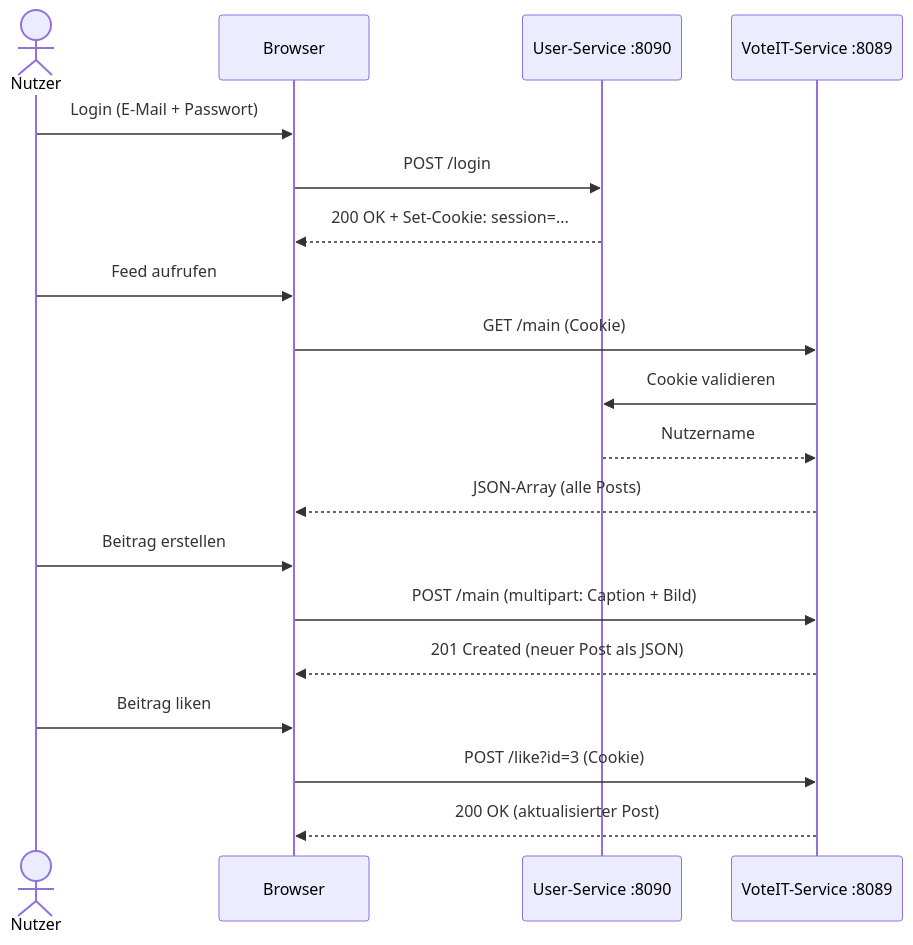
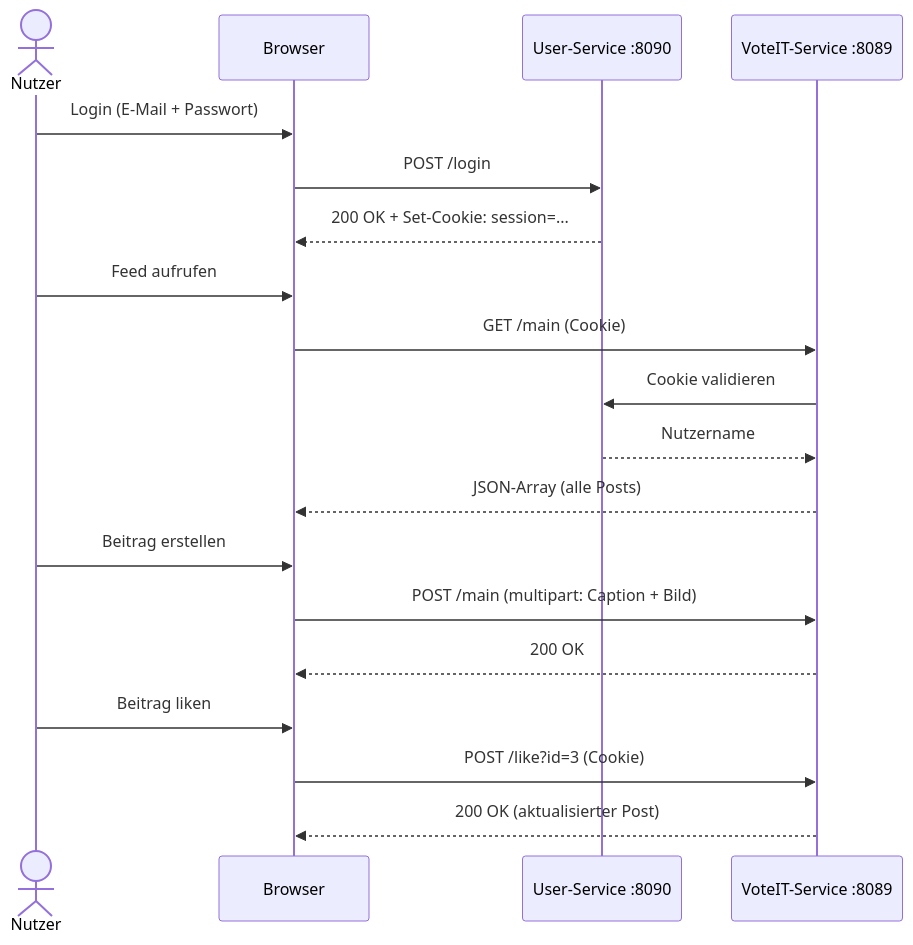
One commit to stephanteege/VoteIT changed the third of 3 diagrams in README.md. Above: the diagram before and after it, drawn with Mermaid. The commit also changed other lines of this file, not shown here.

Commit message:
docs: README überarbeitet

````diff
--- a/README.md
+++ b/README.md
@@ -93,25 +93,25 @@
 ```mermaid
 sequenceDiagram
     actor User as Nutzer
     participant B as Browser
     participant US as User-Service :8090
     participant VS as VoteIT-Service :8089
 
     User->>B: Login (E-Mail + Passwort)
     B->>US: POST /login
     US-->>B: 200 OK + Set-Cookie: session=...
 
     User->>B: Feed aufrufen
     B->>VS: GET /main (Cookie)
     VS->>US: Cookie validieren
     US-->>VS: Nutzername
     VS-->>B: JSON-Array (alle Posts)
 
     User->>B: Beitrag erstellen
     B->>VS: POST /main (multipart: Caption + Bild)
-    VS-->>B: 201 Created (neuer Post als JSON)
+    VS-->>B: 200 OK
 
     User->>B: Beitrag liken
     B->>VS: POST /like?id=3 (Cookie)
     VS-->>B: 200 OK (aktualisierter Post)
 ```
````
